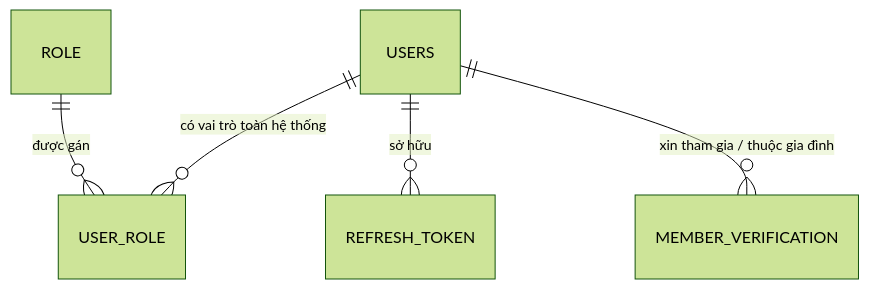
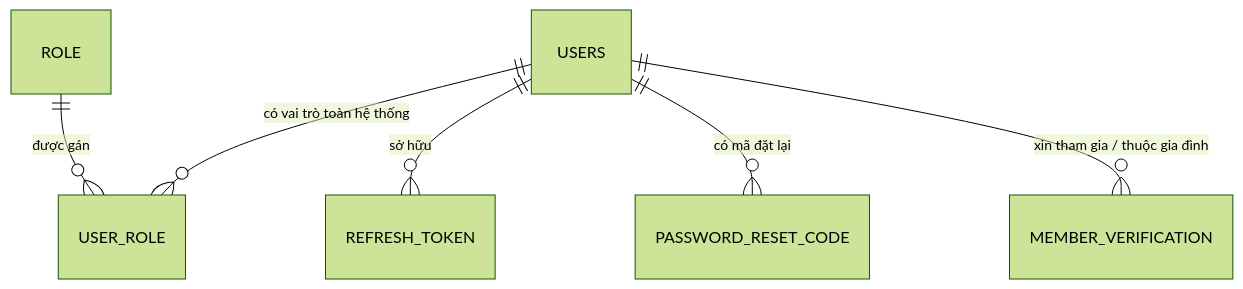
The second of 2 diagrams in docs/01-srs/use-cases/auth.md (ngthanhtuann/ai-powered-digital-family-community-platform), drawn with Mermaid (forest theme) before and after one commit. The commit also changed other lines of this file and 26 other files, not shown here.

Commit message:
SCRUM-139: Đặt lại mật khẩu bằng mã dùng một lần do trưởng họ hoặc quản trị cấp

````diff
--- a/docs/01-srs/use-cases/auth.md
+++ b/docs/01-srs/use-cases/auth.md
@@ -388,7 +403,8 @@
 ```mermaid
 erDiagram
   USERS ||--o{ USER_ROLE : "có vai trò toàn hệ thống"
   ROLE ||--o{ USER_ROLE : "được gán"
   USERS ||--o{ REFRESH_TOKEN : "sở hữu"
+  USERS ||--o{ PASSWORD_RESET_CODE : "có mã đặt lại"
   USERS ||--o{ MEMBER_VERIFICATION : "xin tham gia / thuộc gia đình"
 ```
````
